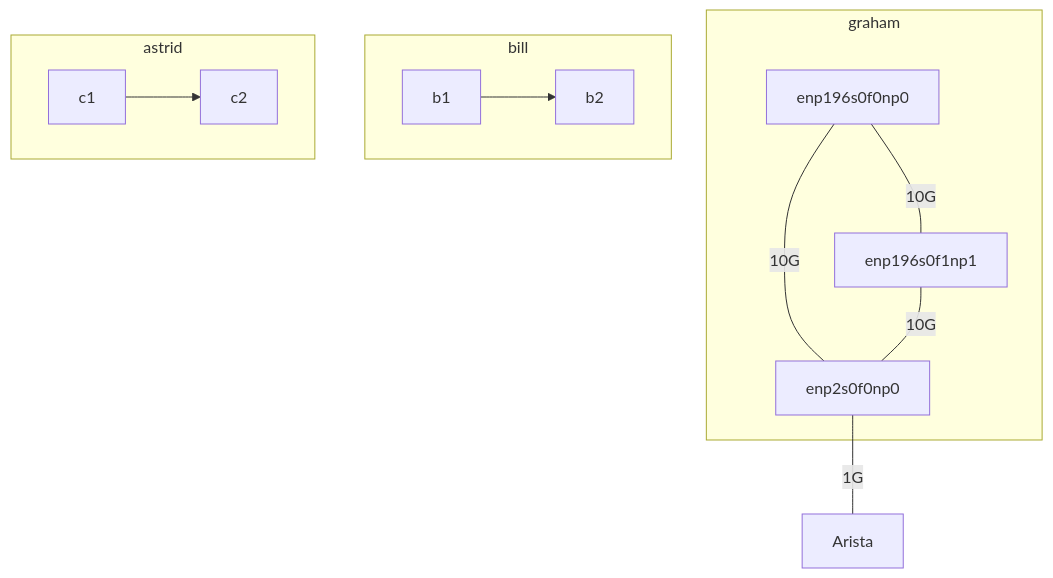
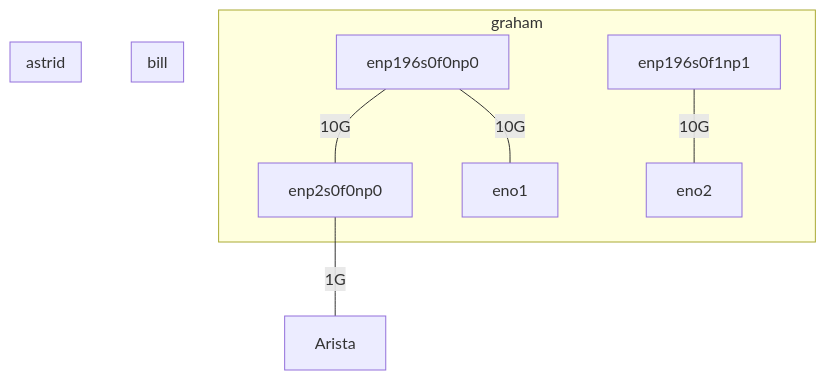
Before and after one commit to ackxolotl/doctor-cluster-config: the fourth of 4 diagrams in some-mermaid-graph.md, drawn with Mermaid.

````diff
--- a/some-mermaid-graph.md
+++ b/some-mermaid-graph.md
@@ -45,16 +45,16 @@
 ```mermaid
   graph TD
     enp2s0f0np0-- 1G ---Arista
     subgraph graham
     enp2s0f0np0
     enp196s0f0np0-- 10G ---enp2s0f0np0
-    enp196s0f0np0-- 10G ---enp196s0f1np1
-    enp196s0f1np1-- 10G ---enp2s0f0np0
+    enp196s0f0np0-- 10G ---eno1
+    enp196s0f1np1-- 10G ---eno2
     end
     subgraph bill
-    b1-->b2
+    eno1
     end
     subgraph astrid
-    c1-->c2
+    eno2
     end
 ```
````
